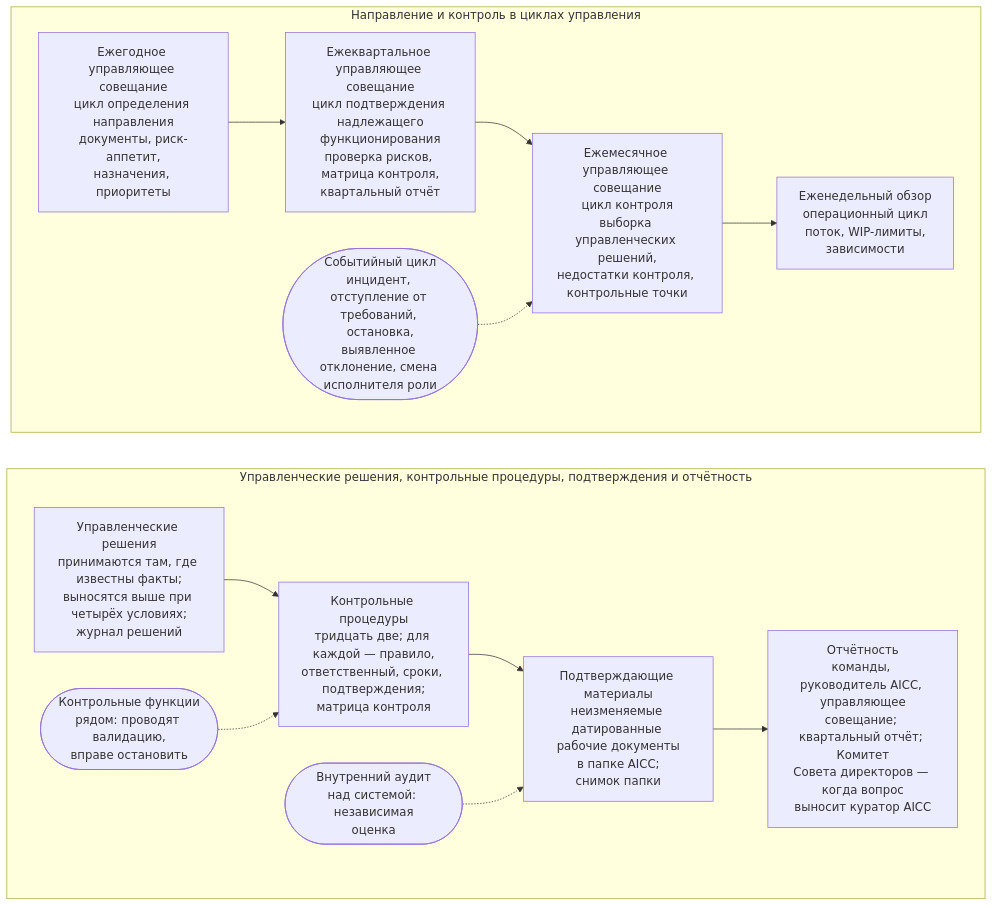
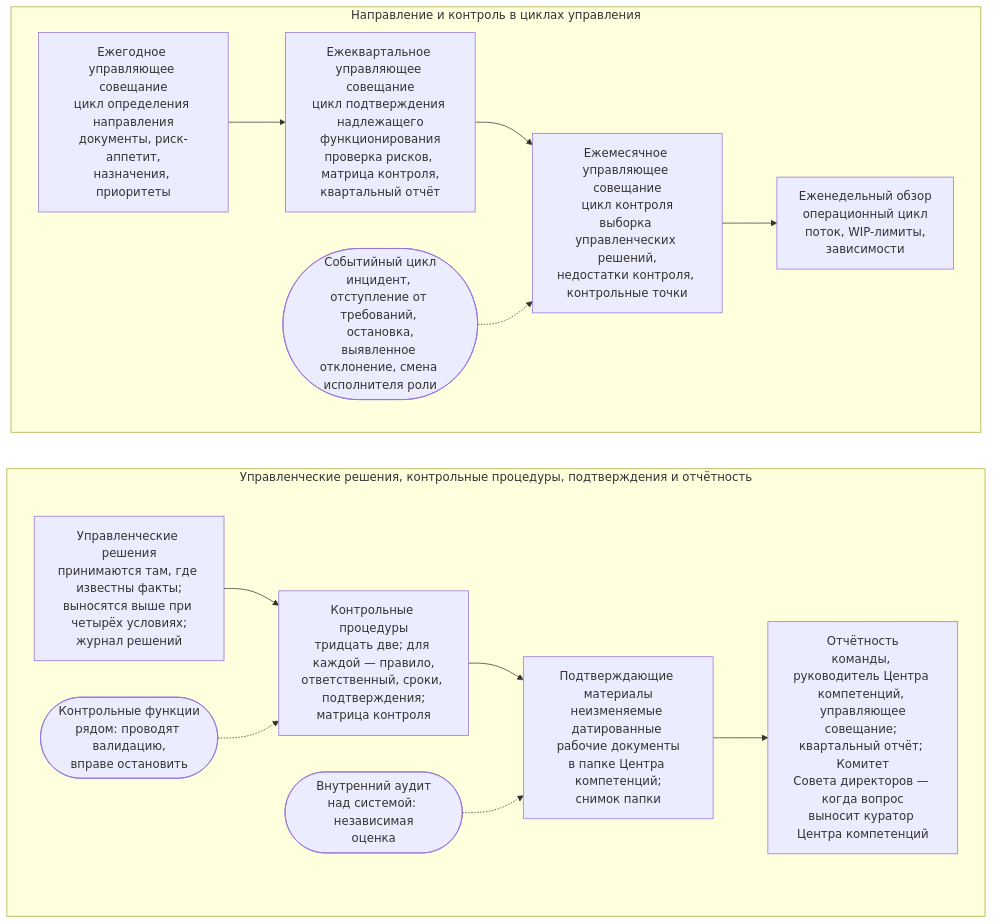
The diagram in portal/content/ru/governance/overview.md (devhogu/ob-aicc), drawn with Mermaid before and after one commit. The commit also changed other lines of this file and 1149 other files, not shown here.

````diff
--- a/portal/content/ru/governance/overview.md
+++ b/portal/content/ru/governance/overview.md
@@ -15,19 +15,19 @@
 ```mermaid
 flowchart TB
   subgraph ROW1["Направление и контроль в циклах управления"]
     direction LR
     Y["Ежегодное управляющее совещание<br/>цикл определения направления<br/>документы, риск-аппетит,<br/>назначения, приоритеты"] --> Q["Ежеквартальное управляющее совещание<br/>цикл подтверждения надлежащего<br/>функционирования<br/>проверка рисков, матрица контроля,<br/>квартальный отчёт"]
     Q --> M["Ежемесячное управляющее совещание<br/>цикл контроля<br/>выборка управленческих решений,<br/>недостатки контроля, контрольные точки"]
     M --> W["Еженедельный обзор<br/>операционный цикл<br/>поток, WIP-лимиты,<br/>зависимости"]
     E(["Событийный цикл<br/>инцидент, отступление от требований, остановка,<br/>выявленное отклонение, смена исполнителя роли"]) -.-> M
   end
   subgraph ROW2["Управленческие решения, контрольные процедуры, подтверждения и отчётность"]
     direction LR
     D["Управленческие решения<br/>принимаются там, где известны факты;<br/>выносятся выше при четырёх условиях;<br/>журнал решений"] --> C["Контрольные процедуры<br/>тридцать две; для каждой — правило,<br/>ответственный, сроки, подтверждения;<br/>матрица контроля"]
-    C --> R["Подтверждающие материалы<br/>неизменяемые датированные рабочие документы<br/>в папке AICC;<br/>снимок папки"]
-    R --> B["Отчётность<br/>команды, руководитель AICC, управляющее<br/>совещание; квартальный отчёт; Комитет<br/>Совета директоров — когда вопрос<br/>выносит куратор AICC"]
+    C --> R["Подтверждающие материалы<br/>неизменяемые датированные рабочие документы<br/>в папке Центра компетенций;<br/>снимок папки"]
+    R --> B["Отчётность<br/>команды, руководитель Центра компетенций, управляющее<br/>совещание; квартальный отчёт; Комитет<br/>Совета директоров — когда вопрос<br/>выносит куратор Центра компетенций"]
     CF(["Контрольные функции<br/>рядом: проводят валидацию,<br/>вправе остановить"]) -.-> C
     IA(["Внутренний аудит<br/>над системой: независимая<br/>оценка"]) -.-> R
   end
   ROW1 ~~~ ROW2
 ```
````
